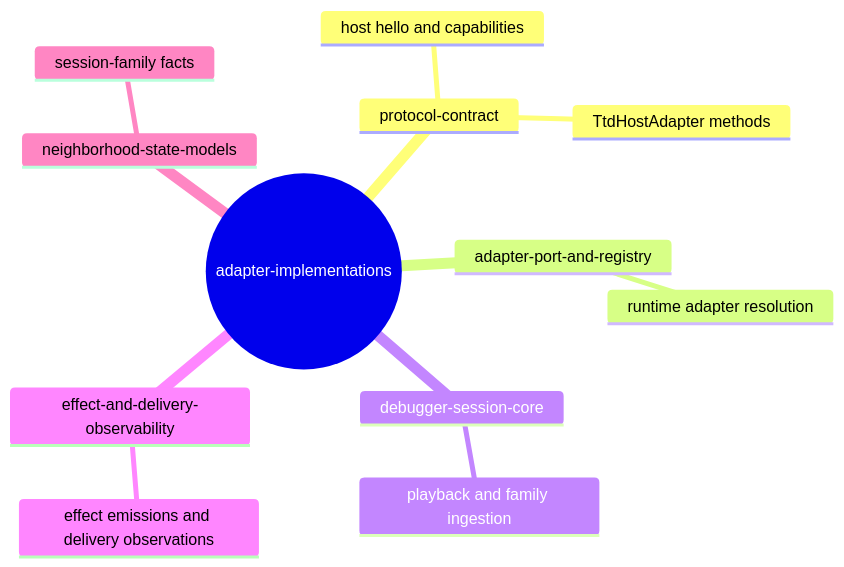
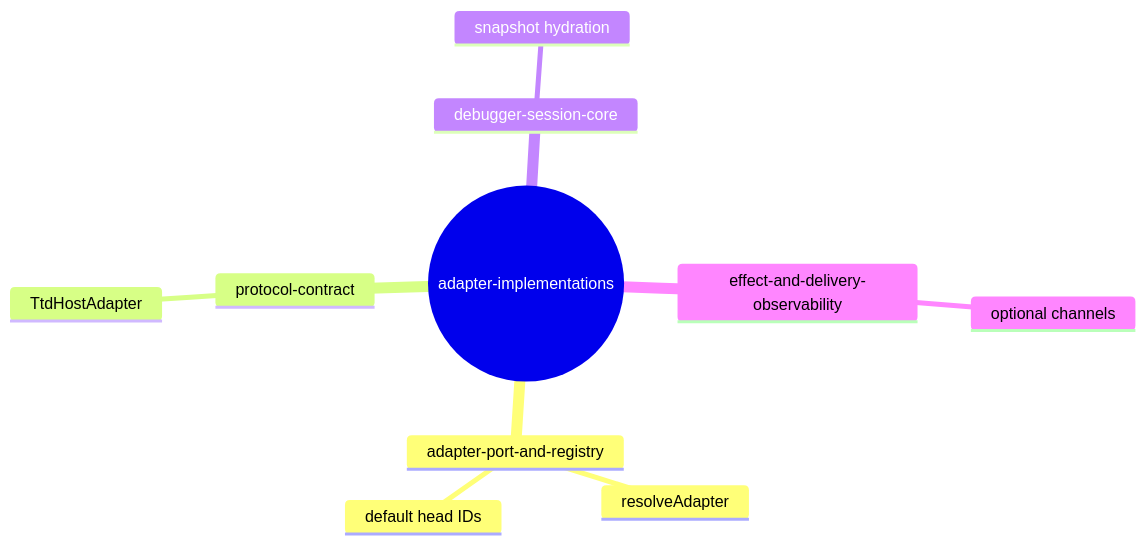
The first of 8 diagrams in docs/topics/adapter-implementations/README.md (flyingrobots/warp-ttd), drawn with Mermaid before and after one commit. The commit also changed other lines of this file, not shown here.

Commit message:
docs(topics): refine adapter implementations shelf

````diff
--- a/docs/topics/adapter-implementations/README.md
+++ b/docs/topics/adapter-implementations/README.md
@@ -79,15 +79,13 @@
 ```mermaid
 mindmap
   root((adapter-implementations))
+    adapter-port-and-registry
+      resolveAdapter
+      default head IDs
     protocol-contract
-      TtdHostAdapter methods
-      host hello and capabilities
-    adapter-port-and-registry
-      runtime adapter resolution
+      TtdHostAdapter
     debugger-session-core
-      playback and family ingestion
+      snapshot hydration
     effect-and-delivery-observability
-      effect emissions and delivery observations
-    neighborhood-state-models
-      session-family facts
+      optional channels
 ```
````
